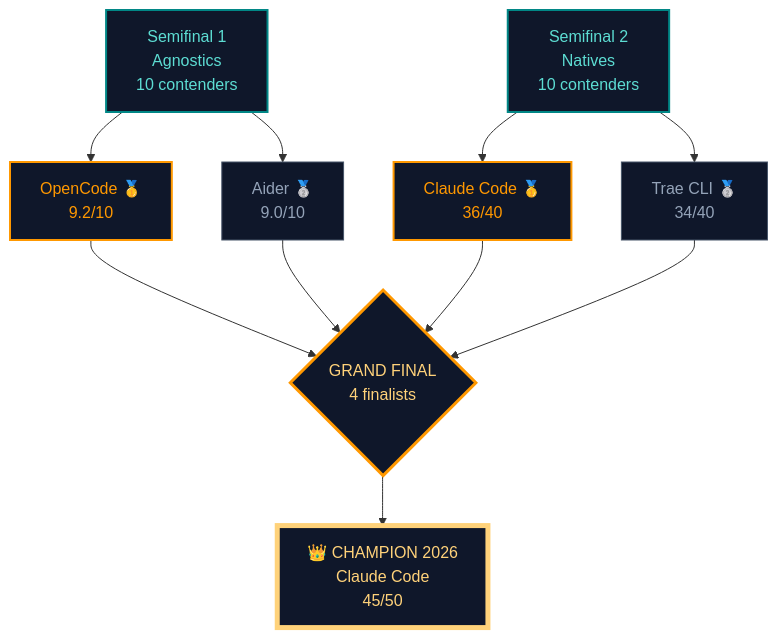
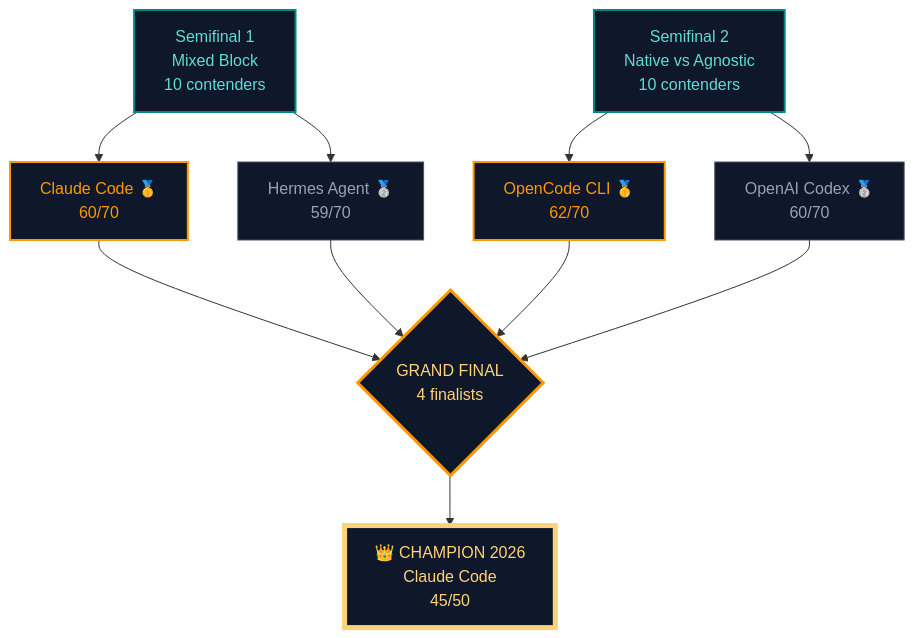
The diagram in src/content/blog/en/cli-ai-grand-final.md (ArceApps/arceapps.github.io), drawn with Mermaid before and after one commit. The commit also changed other lines of this file and 1 other file, not shown here.

Commit message:
fix(grand-final): update finalists to OpenCode, Codex, Claude Code, and Hermes

````diff
--- a/src/content/blog/en/cli-ai-grand-final.md
+++ b/src/content/blog/en/cli-ai-grand-final.md
@@ -458,18 +443,18 @@
 ```mermaid
 graph TD
-    SF1["Semifinal 1<br/>Agnostics<br/>10 contenders"]:::sf --> OC["OpenCode 🥇<br/>9.2/10"]:::win
-    SF1 --> AI["Aider 🥈<br/>9.0/10"]:::runner
-    SF2["Semifinal 2<br/>Natives<br/>10 contenders"]:::sf --> CC["Claude Code 🥇<br/>36/40"]:::win
-    SF2 --> TR["Trae CLI 🥈<br/>34/40"]:::runner
-    OC --> FINAL{"GRAND FINAL<br/>4 finalists"}:::final
-    AI --> FINAL
-    CC --> FINAL
-    TR --> FINAL
+    SF1["Semifinal 1<br/>Mixed Block<br/>10 contenders"]:::sf --> CC["Claude Code 🥇<br/>60/70"]:::win
+    SF1 --> HM["Hermes Agent 🥈<br/>59/70"]:::runner
+    SF2["Semifinal 2<br/>Native vs Agnostic<br/>10 contenders"]:::sf --> OC["OpenCode CLI 🥇<br/>62/70"]:::win
+    SF2 --> CX["OpenAI Codex 🥈<br/>60/70"]:::runner
+    CC --> FINAL{"GRAND FINAL<br/>4 finalists"}:::final
+    HM --> FINAL
+    OC --> FINAL
+    CX --> FINAL
     FINAL --> WINNER["👑 CHAMPION 2026<br/>Claude Code<br/>45/50"]:::champ
 
     classDef sf fill:#0F172A,stroke:#018786,color:#5DDDD3,stroke-width:2px
     classDef win fill:#0F172A,stroke:#FF9800,color:#FF9800,stroke-width:2px
     classDef runner fill:#0F172A,stroke:#475569,color:#94A3B8
     classDef final fill:#0F172A,stroke:#FF9800,color:#FFD27A,stroke-width:3px
     classDef champ fill:#0F172A,stroke:#FFD27A,color:#FFD27A,stroke-width:5px
 ```
````
